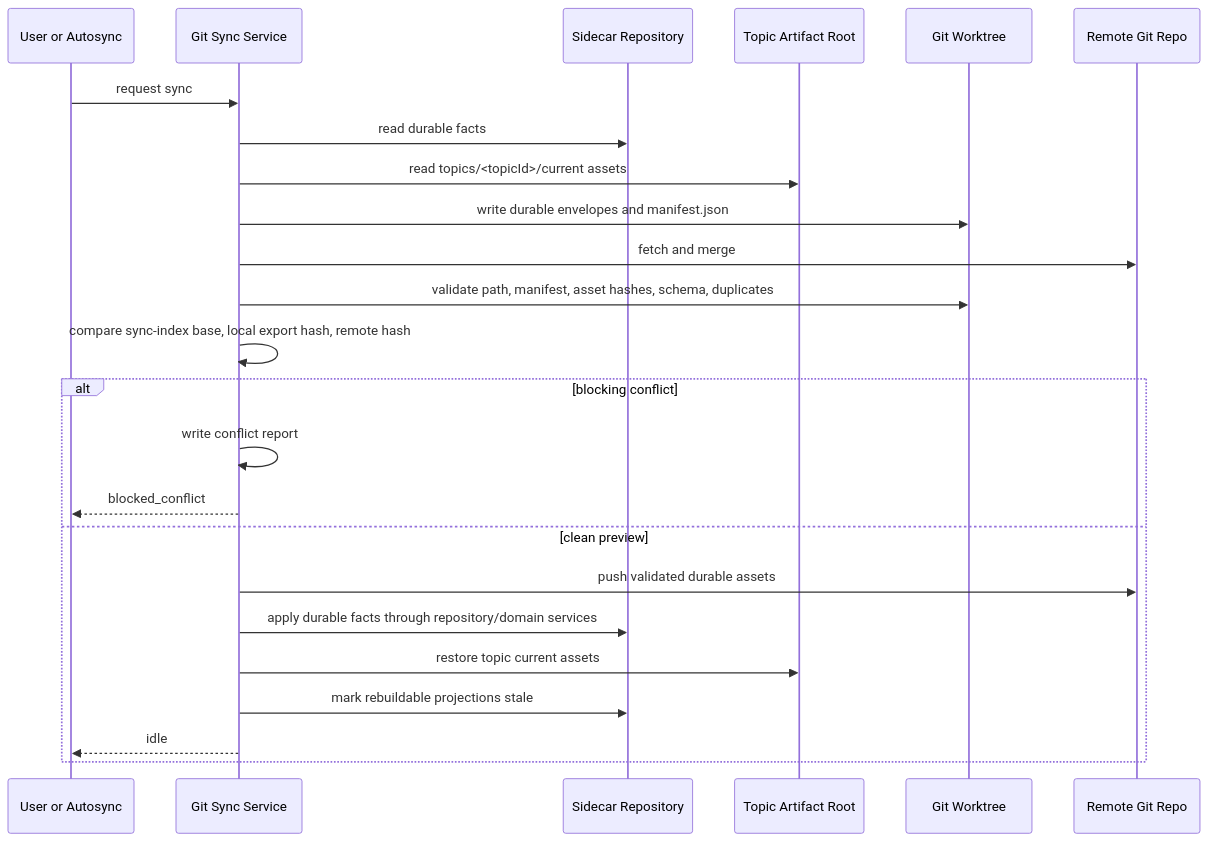
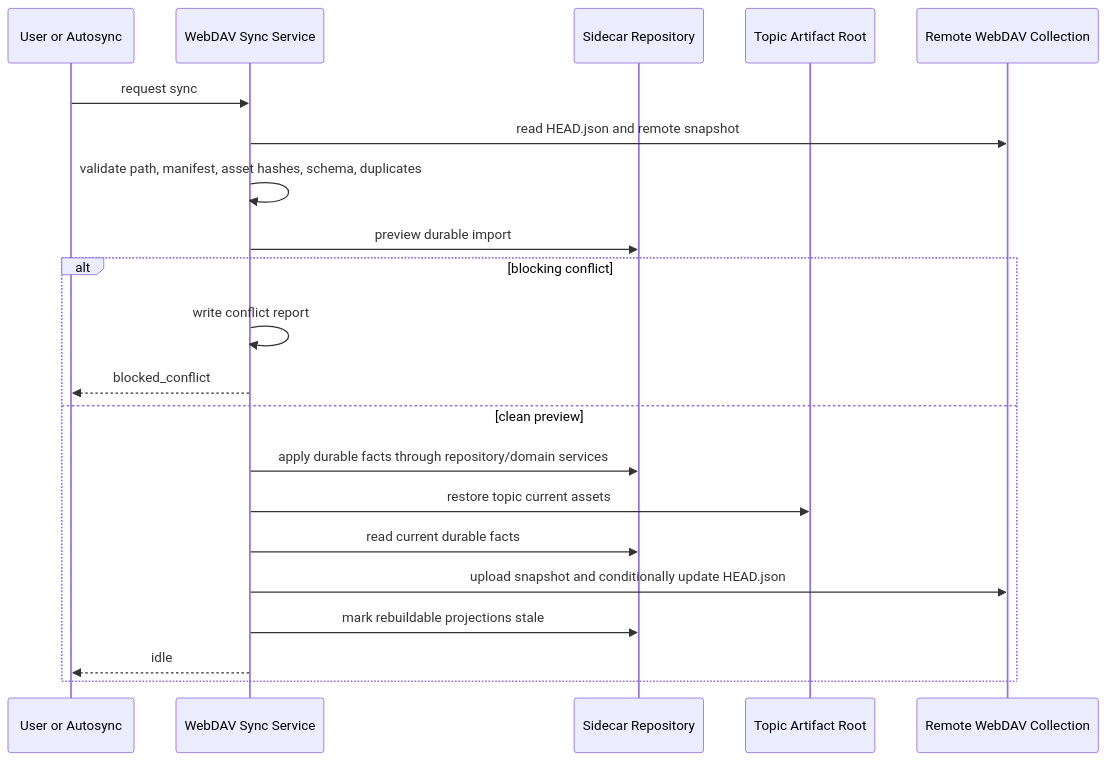
One commit to leike0813/zotero-agents changed the eighth of 9 diagrams in doc/synthesis-layer/sequences.md. Above: the diagram before and after it, drawn with Mermaid. The commit also changed other lines of this file and 177 other files, not shown here.

````diff
--- a/doc/synthesis-layer/sequences.md
+++ b/doc/synthesis-layer/sequences.md
@@ -225,27 +225,24 @@
 ```mermaid
 sequenceDiagram
   participant U as User or Autosync
-  participant G as Git Sync Service
+  participant W as WebDAV Sync Service
   participant S as Sidecar Repository
   participant A as Topic Artifact Root
-  participant W as Git Worktree
-  participant R as Remote Git Repo
+  participant R as Remote WebDAV Collection
 
-  U->>G: request sync
-  G->>S: read durable facts
-  G->>A: read topics/<topicId>/current assets
-  G->>W: write durable envelopes and manifest.json
-  G->>R: fetch and merge
-  G->>W: validate path, manifest, asset hashes, schema, duplicates
-  G->>G: compare sync-index base, local export hash, remote hash
+  U->>W: request sync
+  W->>R: read HEAD.json and remote snapshot
+  W->>W: validate path, manifest, asset hashes, schema, duplicates
+  W->>S: preview durable import
   alt blocking conflict
-    G->>G: write conflict report
-    G-->>U: blocked_conflict
+    W->>W: write conflict report
+    W-->>U: blocked_conflict
   else clean preview
-    G->>R: push validated durable assets
-    G->>S: apply durable facts through repository/domain services
-    G->>A: restore topic current assets
-    G->>S: mark rebuildable projections stale
-    G-->>U: idle
+    W->>S: apply durable facts through repository/domain services
+    W->>A: restore topic current assets
+    W->>S: read current durable facts
+    W->>R: upload snapshot and conditionally update HEAD.json
+    W->>S: mark rebuildable projections stale
+    W-->>U: idle
   end
 ```
````
